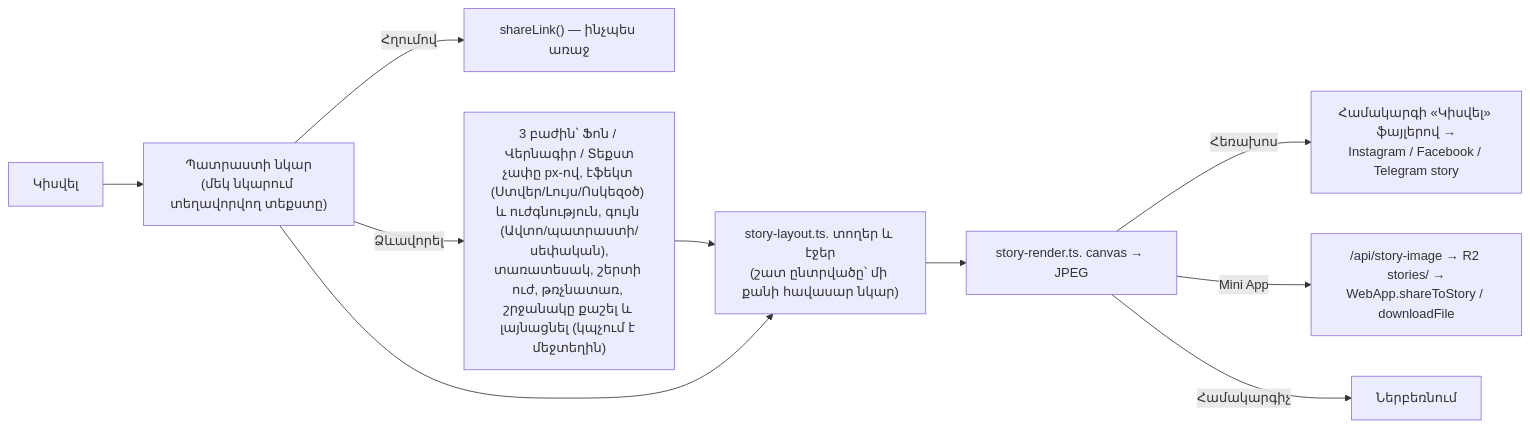
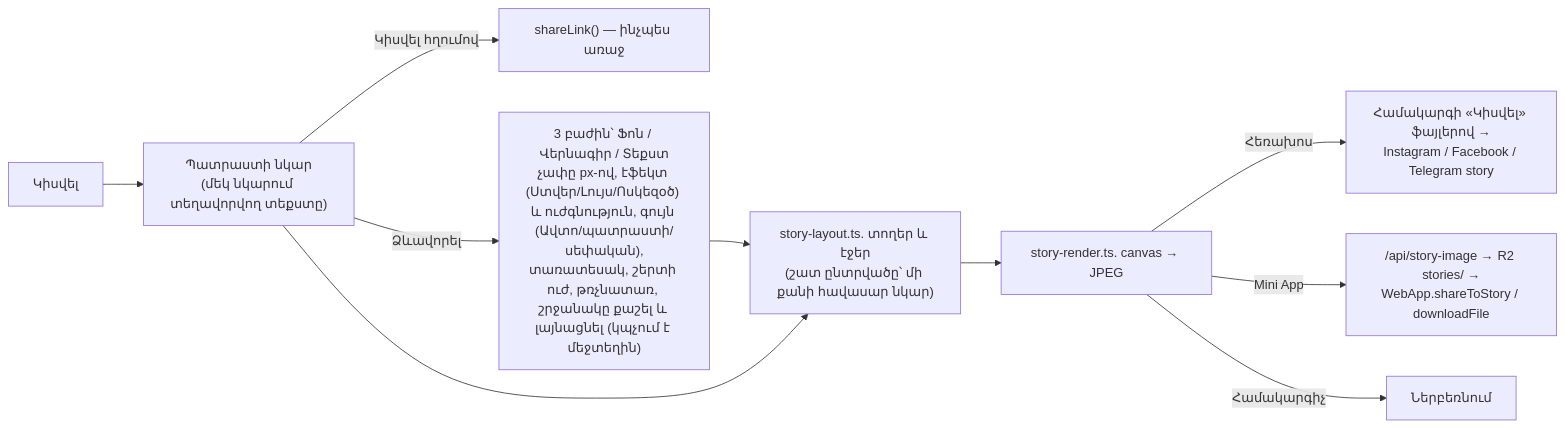
One commit to T0n0yan/armenian-apostolic-digital-library changed diagram 19 of 25 in docs/ARCHITECTURE.md. Above: the diagram before and after it, drawn with Mermaid. The commit also changed other lines of this file and 2 other files, not shown here.

First line of the commit message:
Նկարով կիսվել. ներքևում՝ «Կիսվել նկարով» և «Կիսվել հղումով», վերևում՝ ներբեռնել, «Ձևավորել»-ը նկարի վրա, բացատրությունները հանված

````diff
--- a/docs/ARCHITECTURE.md
+++ b/docs/ARCHITECTURE.md
@@ -525,12 +526,12 @@
 ```mermaid
 flowchart LR
   SB["Կիսվել"] --> PRE["Պատրաստի նկար<br/>(մեկ նկարում տեղավորվող տեքստը)"]
-  PRE -->|Հղումով| LINK["shareLink() — ինչպես առաջ"]
+  PRE -->|Կիսվել հղումով| LINK["shareLink() — ինչպես առաջ"]
   PRE -->|Ձևավորել| ED["3 բաժին՝ Ֆոն / Վերնագիր / Տեքստ<br/>չափը px-ով, էֆեկտ (Ստվեր/Լույս/Ոսկեզօծ) և ուժգնություն, գույն (Ավտո/պատրաստի/սեփական),<br/>տառատեսակ, շերտի ուժ, թռչնատառ, շրջանակը քաշել և լայնացնել (կպչում է մեջտեղին)"]
   ED --> PLAN["story-layout.ts. տողեր և էջեր<br/>(շատ ընտրվածը՝ մի քանի հավասար նկար)"]
   PRE --> PLAN
   PLAN --> CV["story-render.ts. canvas → JPEG"]
   CV -->|Հեռախոս| OS["Համակարգի «Կիսվել» ֆայլերով →<br/>Instagram / Facebook / Telegram story"]
   CV -->|Mini App| UP["/api/story-image → R2 stories/ →<br/>WebApp.shareToStory / downloadFile"]
   CV -->|Համակարգիչ| DL["Ներբեռնում"]
 ```
````
